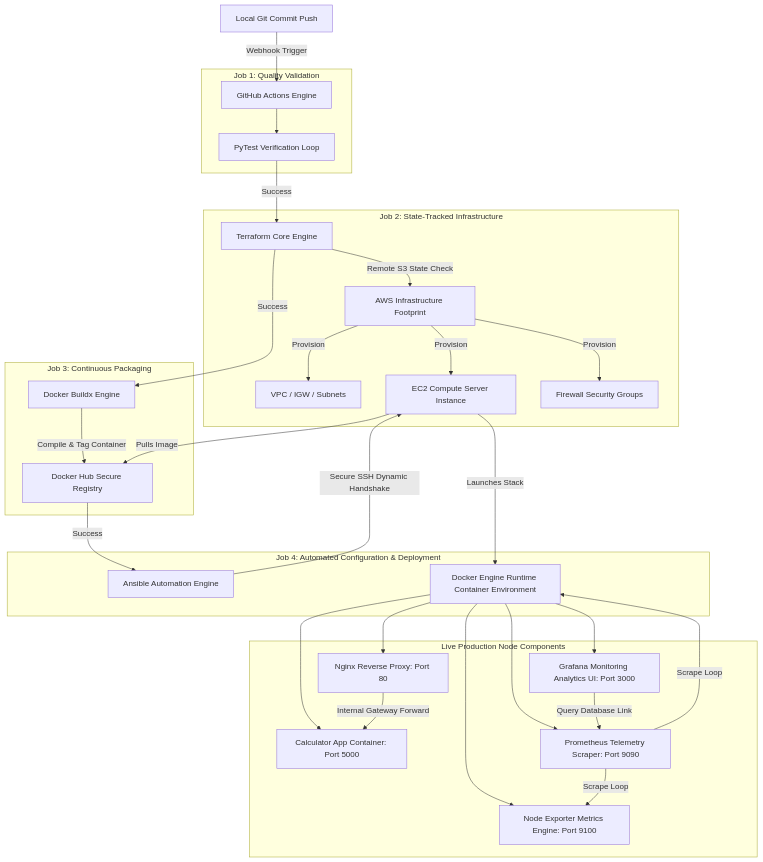
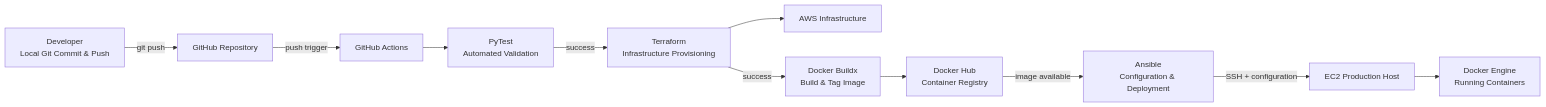
Before and after one commit to samuelokoh-price/automated-CI-CD-pipeline: the first of 2 diagrams in README.md, drawn with Mermaid. The commit also changed other lines of this file, not shown here.

First line of the commit message:
Revise README for AWS CI/CD Pipeline documentation

````diff
--- a/README.md
+++ b/README.md
@@ -7,41 +11,25 @@
 ```mermaid
-graph TD
-    A[Local Git Commit Push] -->|Webhook Trigger| B[GitHub Actions Engine]
-    
-    subgraph Job 1: Quality Validation
-        B --> C[PyTest Verification Loop]
-    end
+flowchart LR
+    A[Developer<br/>Local Git Commit & Push]
+    B[GitHub Repository]
+    C[GitHub Actions]
+    D[PyTest<br/>Automated Validation]
+    E[Terraform<br/>Infrastructure Provisioning]
+    F[AWS Infrastructure]
+    G[Docker Buildx<br/>Build & Tag Image]
+    H[Docker Hub<br/>Container Registry]
+    I[Ansible<br/>Configuration & Deployment]
+    J[EC2 Production Host]
+    K[Docker Engine<br/>Running Containers]
 
-    subgraph Job 2: State-Tracked Infrastructure
-        C -->|Success| D[Terraform Core Engine]
-        D -->|Remote S3 State Check| E[AWS Infrastructure Footprint]
-        E -->|Provision| E1[VPC / IGW / Subnets]
-        E -->|Provision| E2[EC2 Compute Server Instance]
-        E -->|Provision| E3[Firewall Security Groups]
-    end
-
-    subgraph Job 3: Continuous Packaging
-        D -->|Success| F[Docker Buildx Engine]
-        F -->|Compile & Tag Container| G[Docker Hub Secure Registry]
-    end
-
-    subgraph Job 4: Automated Configuration & Deployment
-        G -->|Success| H[Ansible Automation Engine]
-        H -->|Secure SSH Dynamic Handshake| E2
-        E2 -->|Pulls Image| G
-        E2 -->|Launches Stack| I[Docker Engine Runtime Container Environment]
-    end
-
-    subgraph Live Production Node Components
-        I --> App[Calculator App Container: Port 5000]
-        I --> Proxy[Nginx Reverse Proxy: Port 80]
-        I --> NodeEx[Node Exporter Metrics Engine: Port 9100]
-        I --> Prom[Prometheus Telemetry Scraper: Port 9090]
-        I --> Graf[Grafana Monitoring Analytics UI: Port 3000]
-        
-        Proxy -->|Internal Gateway Forward| App
-        Prom -->|Scrape Loop| NodeEx
-        Prom -->|Scrape Loop| I
-        Graf -->|Query Database Link| Prom
-    end
+    A -->|git push| B
+    B -->|push trigger| C
+    C --> D
+    D -->|success| E
+    E --> F
+    E -->|success| G
+    G --> H
+    H -->|image available| I
+    I -->|SSH + configuration| J
+    J --> K
 ```
````
